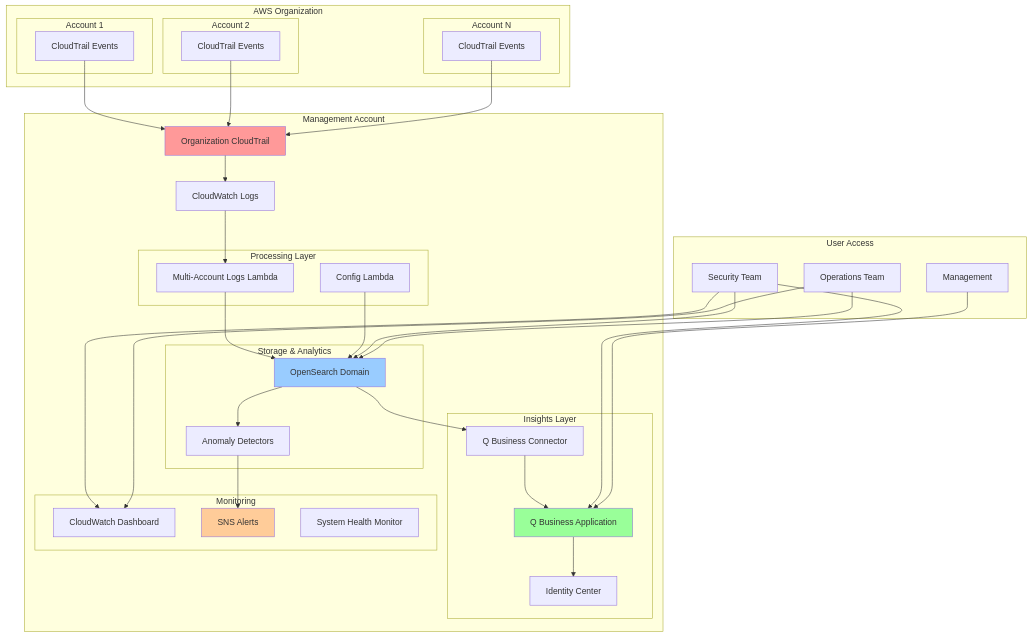
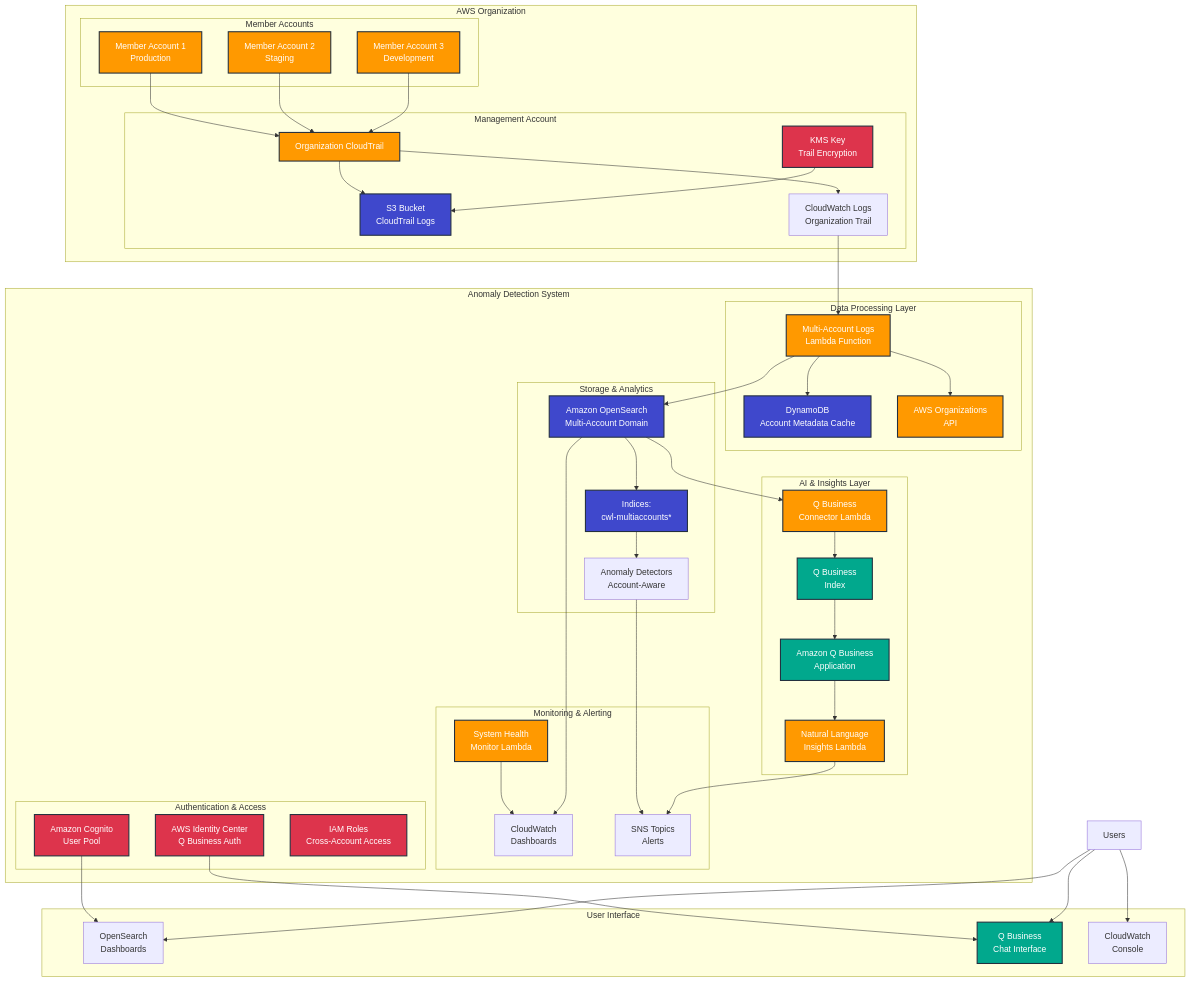
The diagram in docs/architecture.md (NithinChandranR-AWS/near-realtime-aws-usage-anomaly-detection), drawn with Mermaid before and after one commit. The commit also changed other lines of this file and 9 other files, not shown here.

````diff
--- a/docs/architecture.md
+++ b/docs/architecture.md
@@ -7,72 +13,104 @@
 ```mermaid
 graph TB
     subgraph "AWS Organization"
-        subgraph "Account 1"
-            A1[CloudTrail Events]
+        subgraph "Management Account"
+            OrgTrail[Organization CloudTrail]
+            TrailBucket[S3 Bucket<br/>CloudTrail Logs]
+            TrailKMS[KMS Key<br/>Trail Encryption]
+            CWLogs[CloudWatch Logs<br/>Organization Trail]
         end
-        subgraph "Account 2"
-            A2[CloudTrail Events]
-        end
-        subgraph "Account N"
-            AN[CloudTrail Events]
+        
+        subgraph "Member Accounts"
+            MA1[Member Account 1<br/>Production]
+            MA2[Member Account 2<br/>Staging] 
+            MA3[Member Account 3<br/>Development]
         end
     end
     
-    subgraph "Management Account"
-        CT[Organization CloudTrail]
-        CWL[CloudWatch Logs]
-        
-        subgraph "Processing Layer"
-            LAM[Multi-Account Logs Lambda]
-            CONFIG[Config Lambda]
+    subgraph "Anomaly Detection System"
+        subgraph "Data Processing Layer"
+            LogsLambda[Multi-Account Logs<br/>Lambda Function]
+            AccountCache[DynamoDB<br/>Account Metadata Cache]
+            OrgAPI[AWS Organizations<br/>API]
         end
         
         subgraph "Storage & Analytics"
-            OS[OpenSearch Domain]
-            AD[Anomaly Detectors]
+            OpenSearch[Amazon OpenSearch<br/>Multi-Account Domain]
+            OSIndices[Indices:<br/>cwl-multiaccounts*]
+            AnomalyDetectors[Anomaly Detectors<br/>Account-Aware]
         end
         
-        subgraph "Insights Layer"
-            QC[Q Business Connector]
-            QB[Q Business Application]
-            IC[Identity Center]
+        subgraph "AI & Insights Layer"
+            QBusiness[Amazon Q Business<br/>Application]
+            QIndex[Q Business<br/>Index]
+            QConnector[Q Business<br/>Connector Lambda]
+            InsightsLambda[Natural Language<br/>Insights Lambda]
         end
         
-        subgraph "Monitoring"
-            CWD[CloudWatch Dashboard]
-            SNS[SNS Alerts]
-            SHM[System Health Monitor]
+        subgraph "Monitoring & Alerting"
+            CWDashboard[CloudWatch<br/>Dashboards]
+            SNSTopic[SNS Topics<br/>Alerts]
+            HealthMonitor[System Health<br/>Monitor Lambda]
+        end
+        
+        subgraph "Authentication & Access"
+            Cognito[Amazon Cognito<br/>User Pool]
+            IdentityCenter[AWS Identity Center<br/>Q Business Auth]
+            IAMRoles[IAM Roles<br/>Cross-Account Access]
         end
     end
     
-    subgraph "User Access"
-        U1[Security Team]
-        U2[Operations Team]
-        U3[Management]
+    subgraph "User Interface"
+        OSKibana[OpenSearch<br/>Dashboards]
+        QChat[Q Business<br/>Chat Interface]
+        CWConsole[CloudWatch<br/>Console]
     end
     
-    A1 --> CT
-    A2 --> CT
-    AN --> CT
-    CT --> CWL
-    CWL --> LAM
-    LAM --> OS
-    CONFIG --> OS
-    OS --> AD
-    AD --> SNS
-    OS --> QC
-    QC --> QB
-    QB --> IC
+    %% Data Flow
+    MA1 --> OrgTrail
+    MA2 --> OrgTrail
+    MA3 --> OrgTrail
     
-    U1 --> OS
-    U1 --> QB
-    U1 --> CWD
-    U2 --> OS
-    U2 --> CWD
-    U3 --> QB
+    OrgTrail --> TrailBucket
+    OrgTrail --> CWLogs
+    TrailKMS --> TrailBucket
     
-    style CT fill:#ff9999
-    style OS fill:#99ccff
-    style QB fill:#99ff99
-    style SNS fill:#ffcc99
+    CWLogs --> LogsLambda
+    LogsLambda --> AccountCache
+    LogsLambda --> OrgAPI
+    LogsLambda --> OpenSearch
+    
+    OpenSearch --> OSIndices
+    OSIndices --> AnomalyDetectors
+    
+    AnomalyDetectors --> SNSTopic
+    OpenSearch --> QConnector
+    QConnector --> QIndex
+    QIndex --> QBusiness
+    
+    QBusiness --> InsightsLambda
+    InsightsLambda --> SNSTopic
+    
+    HealthMonitor --> CWDashboard
+    OpenSearch --> CWDashboard
+    
+    %% User Access
+    Cognito --> OSKibana
+    IdentityCenter --> QChat
+    Users[Users] --> OSKibana
+    Users --> QChat
+    Users --> CWConsole
+    
+    %% Styling
+    classDef aws fill:#FF9900,stroke:#232F3E,stroke-width:2px,color:#fff
+    classDef storage fill:#3F48CC,stroke:#232F3E,stroke-width:2px,color:#fff
+    classDef compute fill:#FF9900,stroke:#232F3E,stroke-width:2px,color:#fff
+    classDef ai fill:#01A88D,stroke:#232F3E,stroke-width:2px,color:#fff
+    classDef security fill:#DD344C,stroke:#232F3E,stroke-width:2px,color:#fff
+    
+    class OrgTrail,MA1,MA2,MA3,OrgAPI aws
+    class TrailBucket,AccountCache,OpenSearch,OSIndices storage
+    class LogsLambda,QConnector,InsightsLambda,HealthMonitor compute
+    class QBusiness,QIndex,QChat ai
+    class TrailKMS,Cognito,IdentityCenter,IAMRoles security
 ```
````
